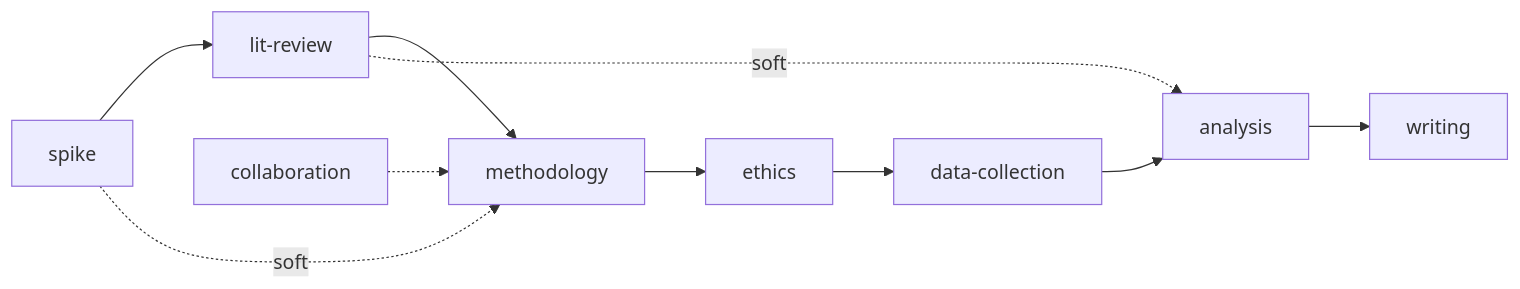
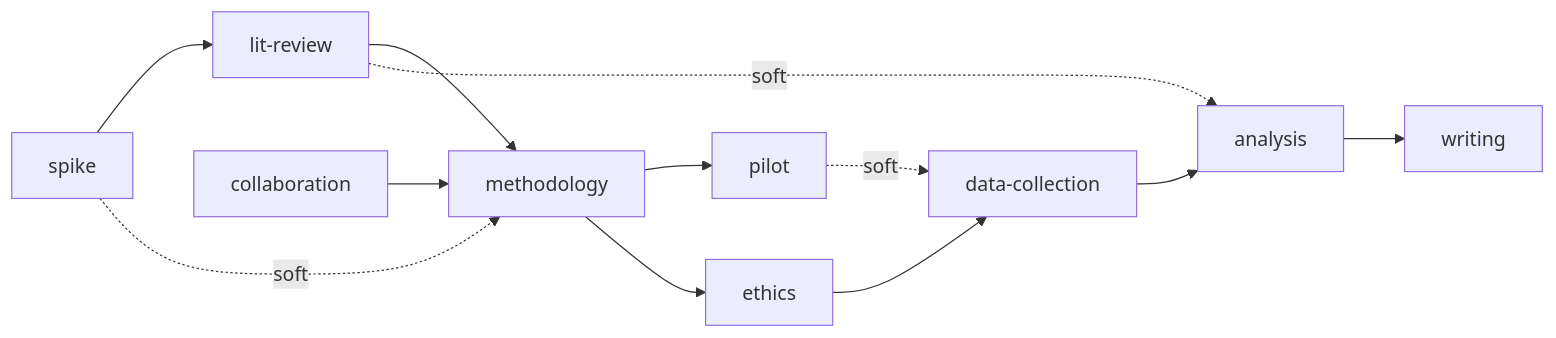
The diagram in specs/research-decomposition.md (nicsuzor/academicOps), drawn with Mermaid before and after one commit. The commit also changed other lines of this file, not shown here.

````diff
--- a/specs/research-decomposition.md
+++ b/specs/research-decomposition.md
@@ -139,12 +139,14 @@
 ```mermaid
 graph LR
     spike --> litreview[lit-review]
     litreview --> methodology
+    methodology --> pilot
     methodology --> ethics
     ethics --> datacollection[data-collection]
+    pilot -.soft.-> datacollection
     datacollection --> analysis
     analysis --> writing
     spike -.soft.-> methodology
     litreview -.soft.-> analysis
-    collaboration -.-> methodology
+    collaboration --> methodology
 ```
````
